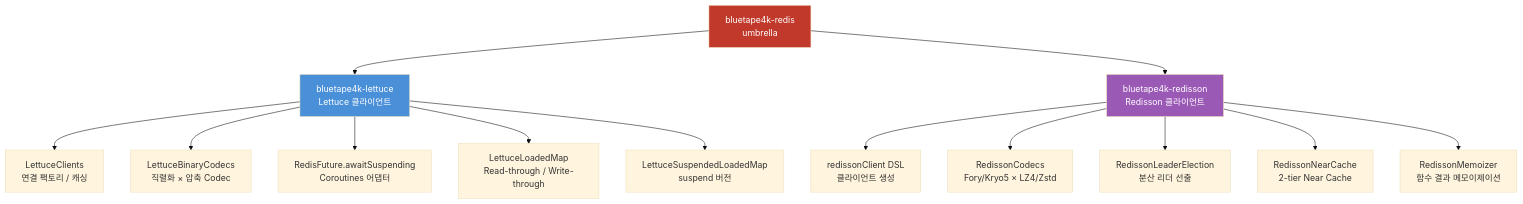
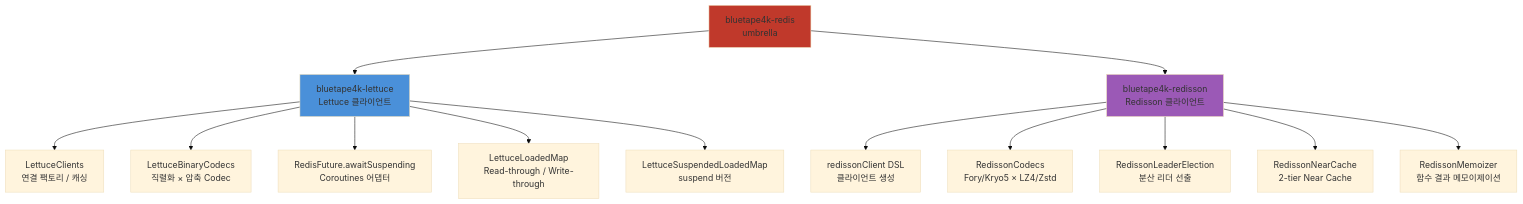
The first of 2 diagrams in infra/redis/README.md (bluetape4k/bluetape4k-projects), drawn with Mermaid (base theme) before and after one commit. The commit also changed other lines of this file and 74 other files, not shown here.

First line of the commit message:
docs: bluetape4k/core/coroutines/logging, io/feign~vertx README 색상 Mermaid UML 추가

````diff
--- a/infra/redis/README.md
+++ b/infra/redis/README.md
@@ -109,21 +109,21 @@
 ```mermaid
 flowchart TD
     A[bluetape4k-redis<br/>umbrella] --> B[bluetape4k-lettuce<br/>Lettuce 클라이언트]
     A --> C[bluetape4k-redisson<br/>Redisson 클라이언트]
 
     B --> B1[LettuceClients<br/>연결 팩토리 / 캐싱]
     B --> B2[LettuceBinaryCodecs<br/>직렬화 × 압축 Codec]
     B --> B3[RedisFuture.awaitSuspending<br/>Coroutines 어댑터]
     B --> B4[LettuceLoadedMap<br/>Read-through / Write-through]
     B --> B5[LettuceSuspendedLoadedMap<br/>suspend 버전]
 
     C --> C1[redissonClient DSL<br/>클라이언트 생성]
     C --> C2[RedissonCodecs<br/>Fory/Kryo5 × LZ4/Zstd]
     C --> C3[RedissonLeaderElection<br/>분산 리더 선출]
     C --> C4[RedissonNearCache<br/>2-tier Near Cache]
     C --> C5[RedissonMemoizer<br/>함수 결과 메모이제이션]
 
-    style A fill:#c0392b,color:#fff
-    style B fill:#4a90d9,color:#fff
-    style C fill:#9b59b6,color:#fff
+    style A fill:#c0392b
+    style B fill:#4a90d9
+    style C fill:#9b59b6
 ```
````
